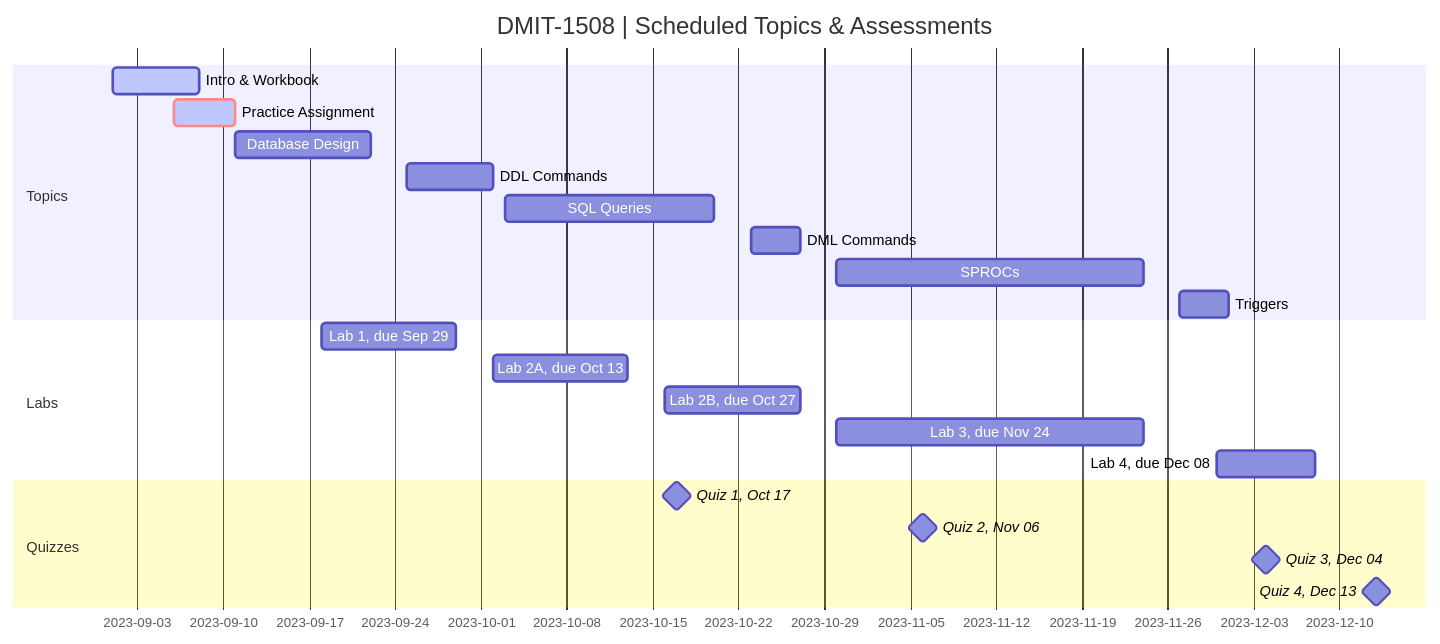
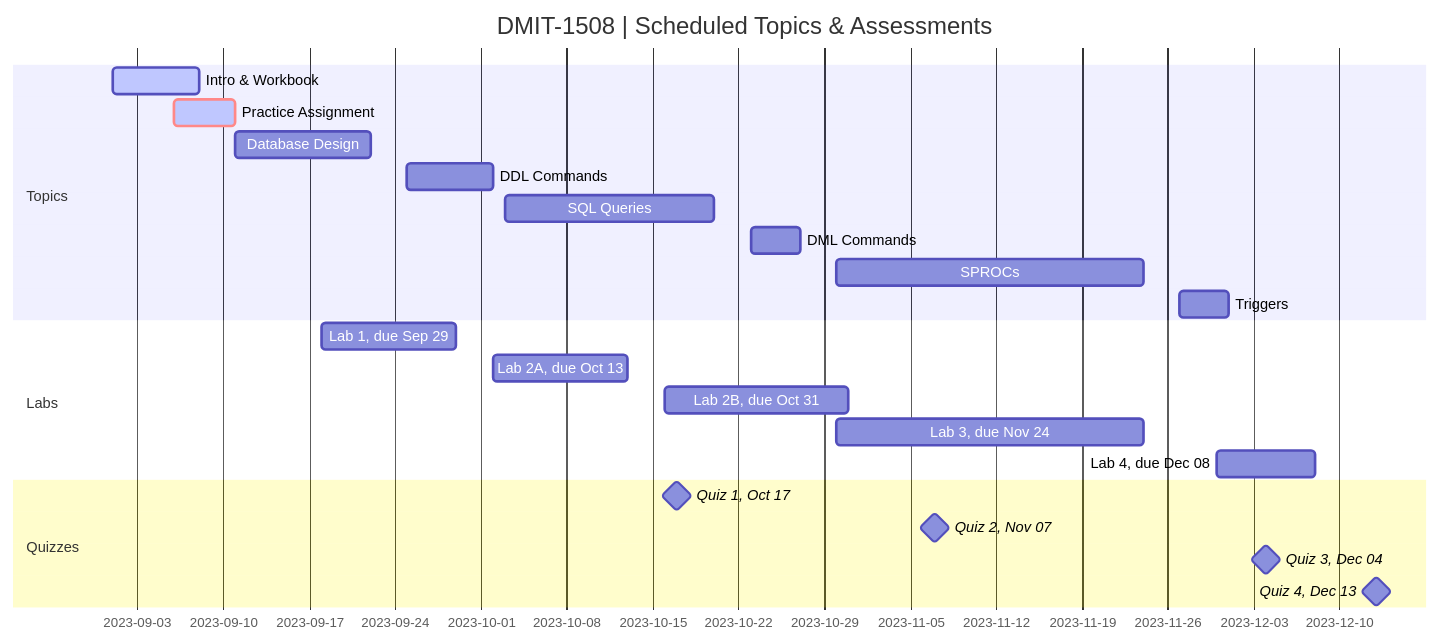
Before and after one commit to DMIT-1508/DMIT-1508-Workbook-A04-dgilleland: the diagram in README.md, drawn with Mermaid.

````diff
--- a/README.md
+++ b/README.md
@@ -9,33 +9,33 @@
 ```mermaid
 gantt
     dateFormat  YYYY-MM-DD
     title       DMIT-1508 | Scheduled Topics & Assessments
     %% excludes    weekends
     %% (`excludes` accepts specific dates in YYYY-MM-DD format, days of the week ("sunday") or "weekends", but not the word "weekdays".)
 
     section Topics
     %% done - for finished tasks
     %% active - for current tasks
     %% crit - for red outline/background
     Intro & Workbook          :active,  part0, 2023-09-01, 2023-09-08
     Practice Assignment       :crit, active, about, 2023-09-06, 2023-09-11
     Database Design           :         part1, 2023-09-11, 2023-09-22
     DDL Commands              :         part2, 2023-09-25, 2023-10-02
     SQL Queries               :         part3, 2023-10-03, 2023-10-20
     DML Commands              :         part4, 2023-10-23, 2023-10-27
     SPROCs                    :         part5, 2023-10-30, 2023-11-24
     Triggers                  :         part6, 2023-11-27, 2023-12-01
 
     section Labs
     Lab 1, due Sep 29  :     2023-09-18, 2023-09-29
     Lab 2A, due Oct 13 :     2023-10-02, 2023-10-13
-    Lab 2B, due Oct 27 :     2023-10-16, 2023-10-27
+    Lab 2B, due Oct 31 :     2023-10-16, 2023-10-31
     Lab 3, due Nov 24  :     2023-10-30, 2023-11-24
     Lab 4, due Dec 08  :     2023-11-30, 2023-12-08
 
     section Quizzes
     Quiz 1, Oct 17 :milestone, 2023-10-17, 0d
-    Quiz 2, Nov 06 :milestone, 2023-11-06, 0d
+    Quiz 2, Nov 07 :milestone, 2023-11-07, 0d
     Quiz 3, Dec 04 :milestone, 2023-12-04, 0d
     Quiz 4, Dec 13 :milestone, 2023-12-13, 0d
 ```
````
